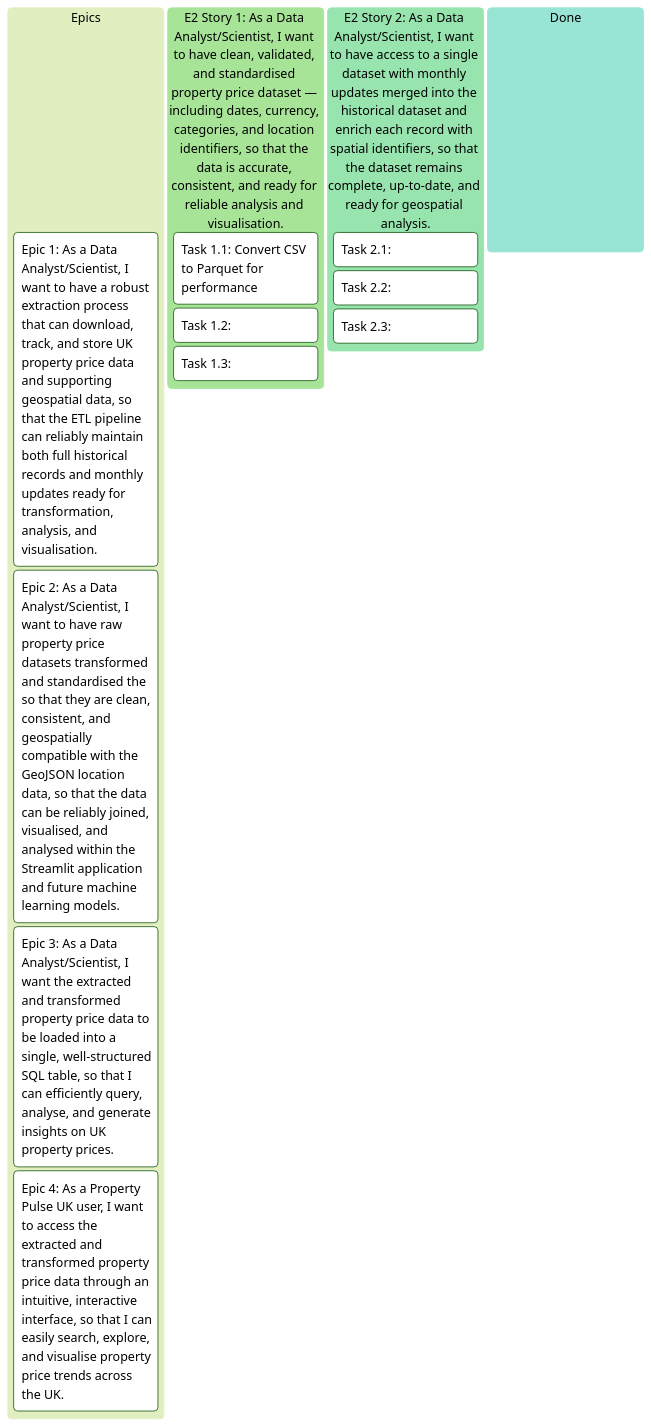
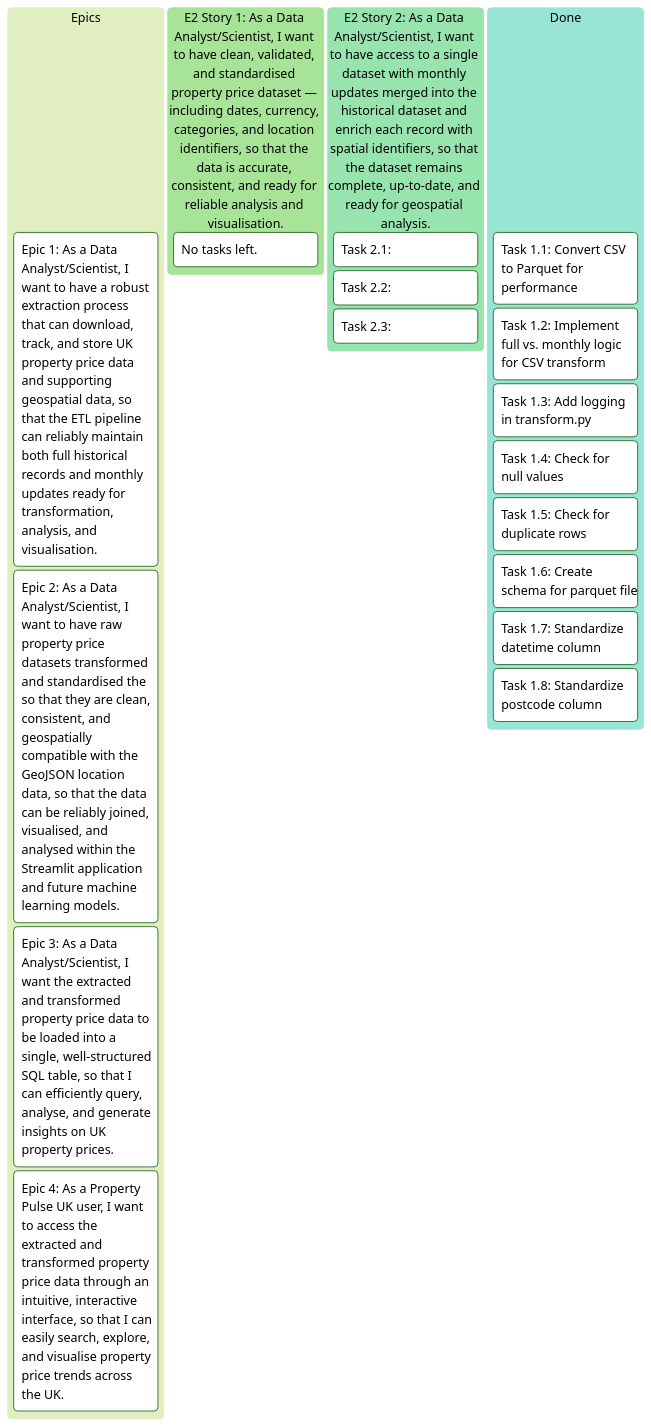
The second of 2 diagrams in README.md (pavlekovic/property-pulse-uk), drawn with Mermaid (forest theme) before and after one commit. The commit also changed 5929 other files, not shown here.

````diff
--- a/README.md
+++ b/README.md
@@ -227,24 +227,30 @@
 ```mermaid
 kanban
     Epics
         (Epic 1: As a Data Analyst/Scientist, I want to have a robust extraction process that can download, track, and store UK property price data and supporting geospatial data, so that the ETL pipeline can reliably maintain both full historical records and monthly updates ready for transformation, analysis, and visualisation.)
 
         (Epic 2: As a Data Analyst/Scientist, I want to have raw property price datasets transformed and standardised the so that they are clean, consistent, and geospatially compatible with the GeoJSON location data, so that the data can be reliably joined, visualised, and analysed within the Streamlit application and future machine learning models.)
 
         (Epic 3: As a Data Analyst/Scientist, I want the extracted and transformed property price data to be loaded into a single, well-structured SQL table, so that I can efficiently query, analyse, and generate insights on UK property prices.)
 
         (Epic 4: As a Property Pulse UK user, I want to access the extracted and transformed property price data through an intuitive, interactive interface, so that I can easily search, explore, and visualise property price trends across the UK.)
 
     (E2 Story 1: As a Data Analyst/Scientist, I want to have clean, validated, and standardised property price dataset — including dates, currency, categories, and location identifiers, so that the data is accurate, consistent, and ready for reliable analysis and visualisation.)
-        Task 1.1: Convert CSV to Parquet for performance
-        Task 1.2:
-        Task 1.3:
+        No tasks left.
 
     (E2 Story 2: As a Data Analyst/Scientist, I want to have access to a single dataset with monthly updates merged into the historical dataset and enrich each record with spatial identifiers, so that the dataset remains complete, up-to-date, and ready for geospatial analysis.)
         Task 2.1:
         Task 2.2:
         Task 2.3:
 
     Done
+        Task 1.1: Convert CSV to Parquet for performance
+        Task 1.2: Implement full vs. monthly logic for CSV transform
+        Task 1.3: Add logging in transform.py
+        Task 1.4: Check for null values
+        Task 1.5: Check for duplicate rows
+        Task 1.6: Create schema for parquet file
+        Task 1.7: Standardize datetime column
+        Task 1.8: Standardize postcode column
         
 ```
````
